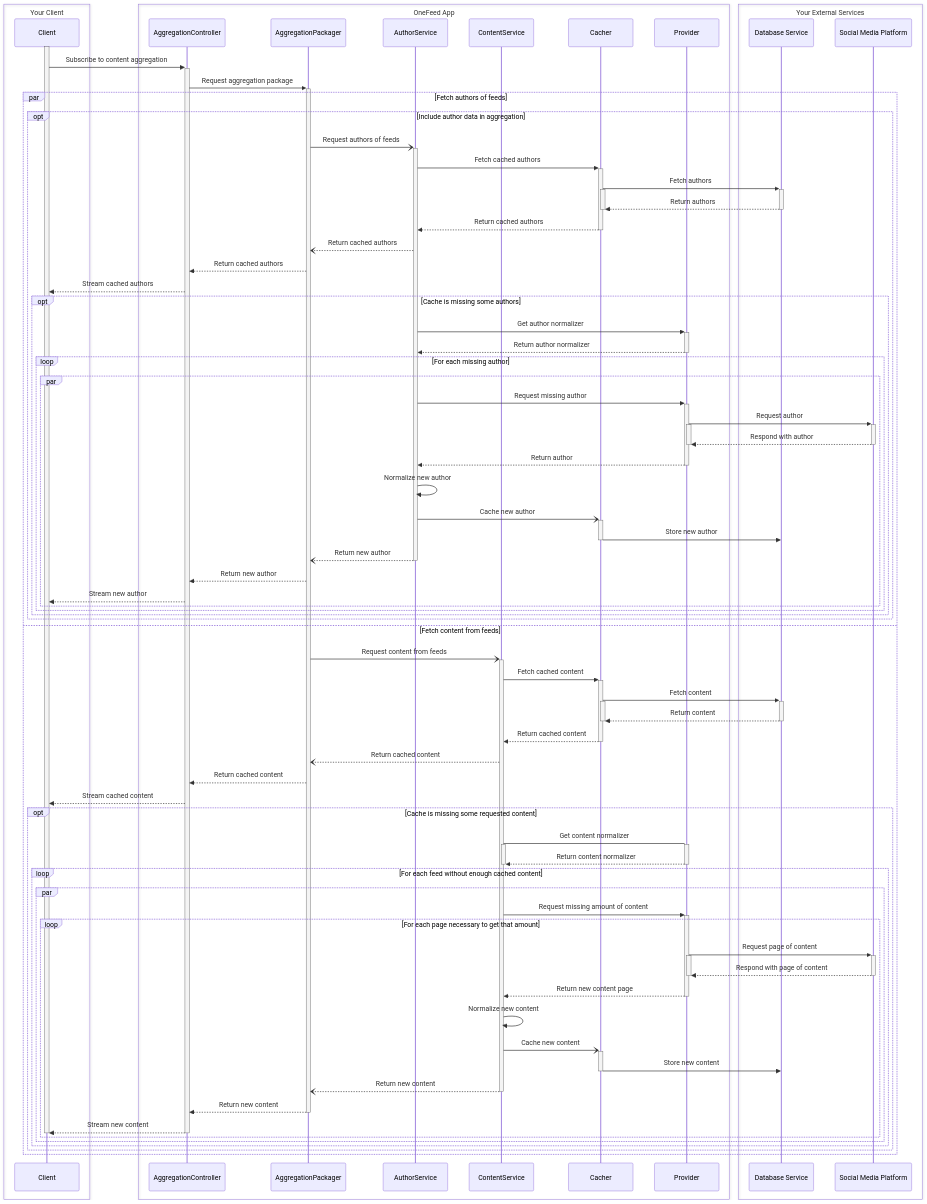
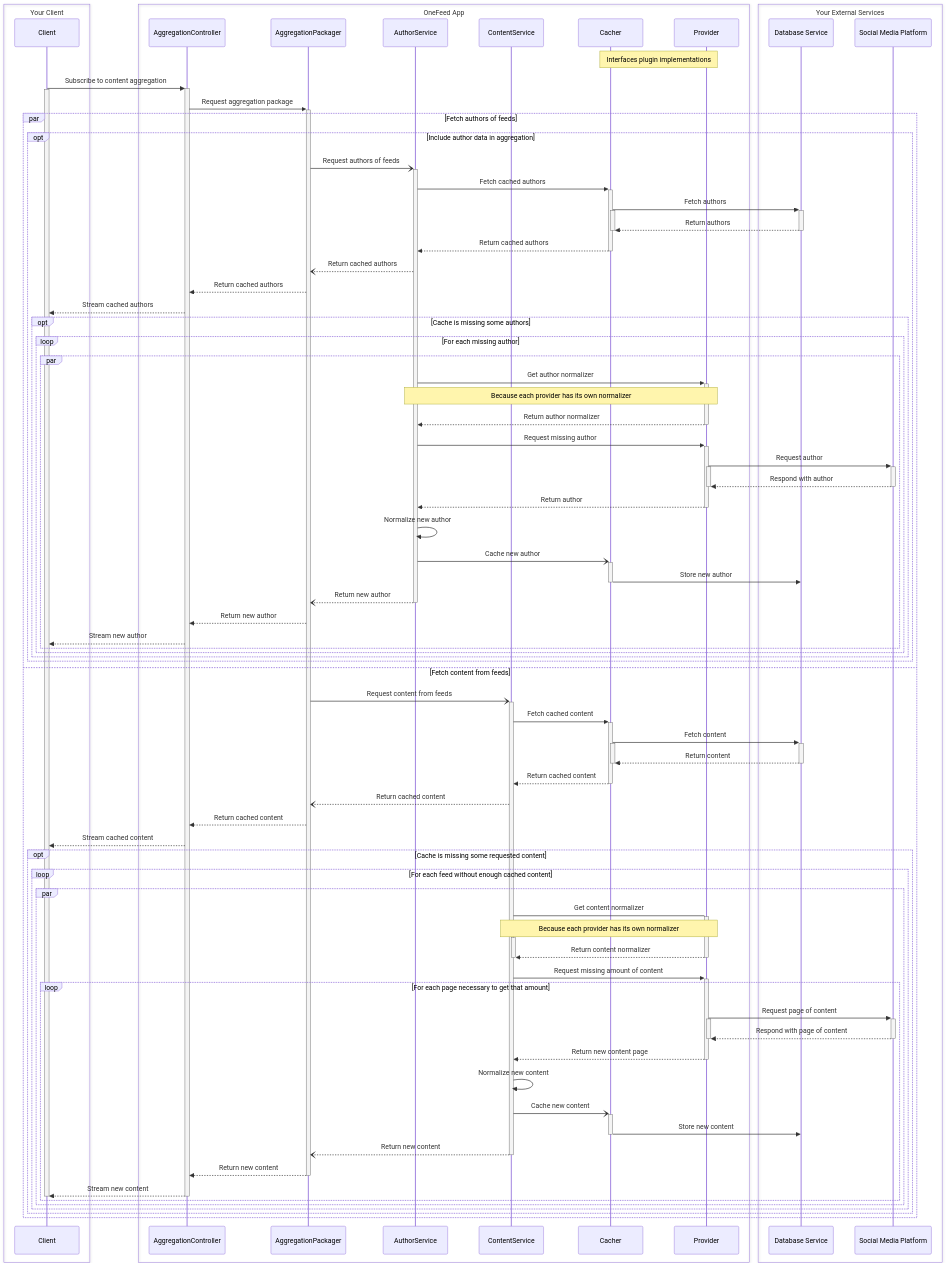
The diagram in docs/architecture.md (justinquinnb/OneFeed), drawn with Mermaid before and after one commit.

Commit message:
Add note to sequence diagram and fix normalizer placement

```diff
--- a/docs/architecture.md
+++ b/docs/architecture.md
@@ -18,9 +18,10 @@
         participant Database Service
         participant Social Media Platform
     end
+    Note over Provider,Cacher: Interfaces plugin implementations
 
+    Client->>+AggregationController: Subscribe to content aggregation
     activate Client
-    Client->>+AggregationController: Subscribe to content aggregation
     AggregationController->>+AggregationPackager: Request aggregation package
     par Fetch authors of feeds
         opt Include author data in aggregation
@@ -37,11 +38,12 @@
             AggregationController-->>Client: Stream cached authors
             
             opt Cache is missing some authors
-                AuthorService->>+Provider: Get author normalizer
-                Provider-->>-AuthorService: Return author normalizer
-                
                 loop For each missing author
                     par
+                        AuthorService->>+Provider: Get author normalizer
+                        Note over AuthorService,Provider: Because each provider has its own normalizer
+                        Provider-->>-AuthorService: Return author normalizer
+                        
                         AuthorService->>+Provider: Request missing author
                         Provider->>+Social Media Platform: Request author
                         activate Provider
@@ -75,14 +77,14 @@
         AggregationController-->>Client: Stream cached content
         
         opt Cache is missing some requested content
-        
-            ContentService->+Provider: Get content normalizer
-            activate ContentService
-                Provider-->>-ContentService: Return content normalizer
-            deactivate ContentService
-            
             loop For each feed without enough cached content
                 par
+                    ContentService->+Provider: Get content normalizer
+                    Note over ContentService,Provider: Because each provider has its own normalizer
+                    activate ContentService
+                    Provider-->>-ContentService: Return content normalizer
+                    deactivate ContentService
+                    
                     ContentService->>+Provider: Request missing amount of content
                     loop For each page necessary to get that amount
                         Provider->>+Social Media Platform: Request page of content
```
